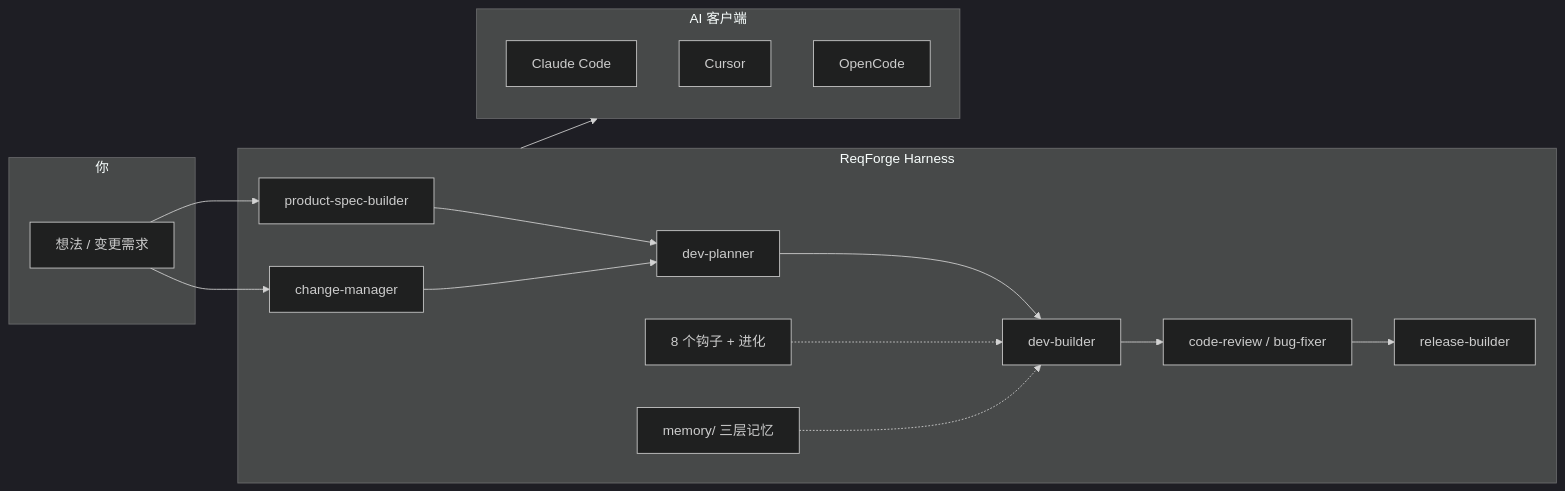
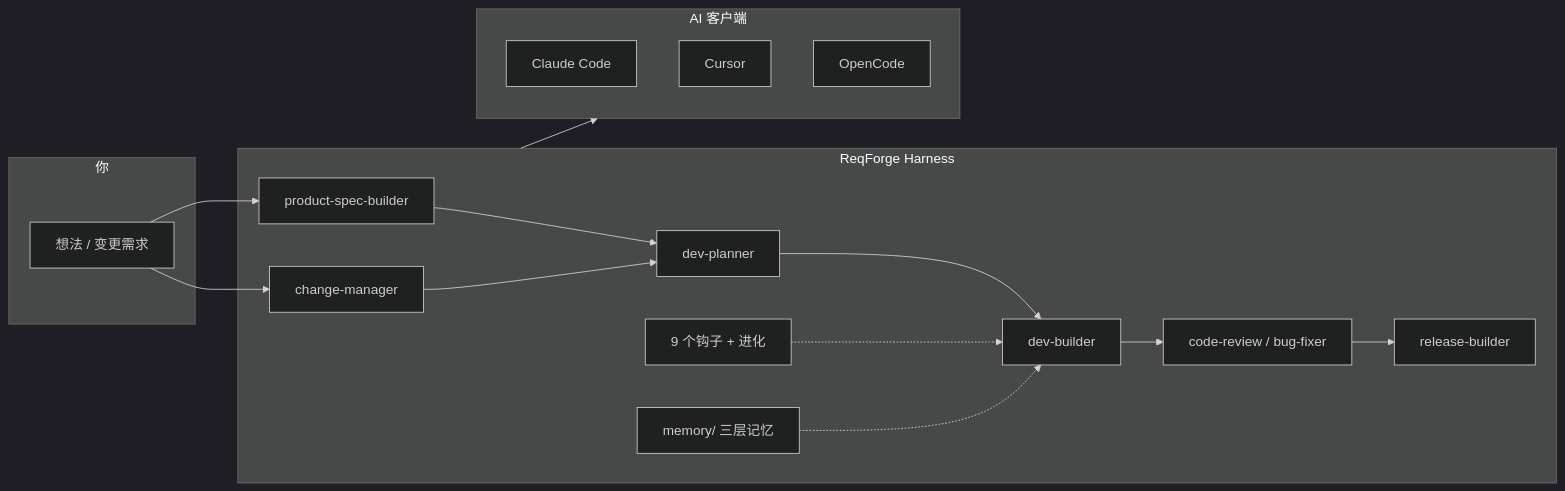
Before and after one commit to zxpmail/ReqForge: the diagram in README.zh-CN.md, drawn with Mermaid (dark theme). The commit also changed other lines of this file and 49 other files, not shown here.

````diff
--- a/README.zh-CN.md
+++ b/README.zh-CN.md
@@ -17,34 +17,34 @@
 ```mermaid
 flowchart LR
   subgraph inputs [你]
     Idea[想法 / 变更需求]
   end
 
   subgraph forge [ReqForge Harness]
     Spec[product-spec-builder]
     Chg[change-manager]
     Plan[dev-planner]
     Build[dev-builder]
     Rev[code-review / bug-fixer]
     Rel[release-builder]
-    Hooks[8 个钩子 + 进化]
+    Hooks[9 个钩子 + 进化]
     Mem[memory/ 三层记忆]
   end
 
   subgraph clients [AI 客户端]
     CC[Claude Code]
     CU[Cursor]
     OC[OpenCode]
   end
 
   Idea --> Spec
   Spec --> Plan
   Idea --> Chg
   Chg --> Plan
   Plan --> Build
   Build --> Rev
   Rev --> Rel
   Hooks -.-> Build
   Mem -.-> Build
   forge --> clients
 ```
````
